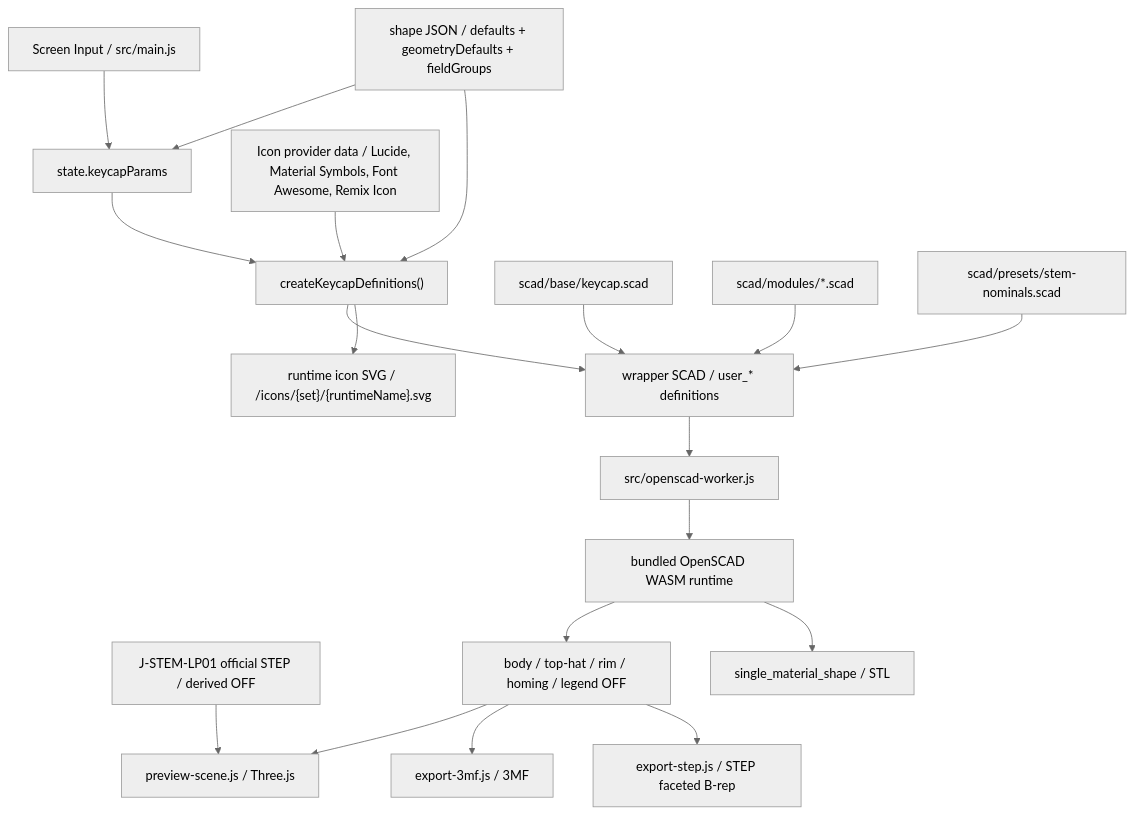
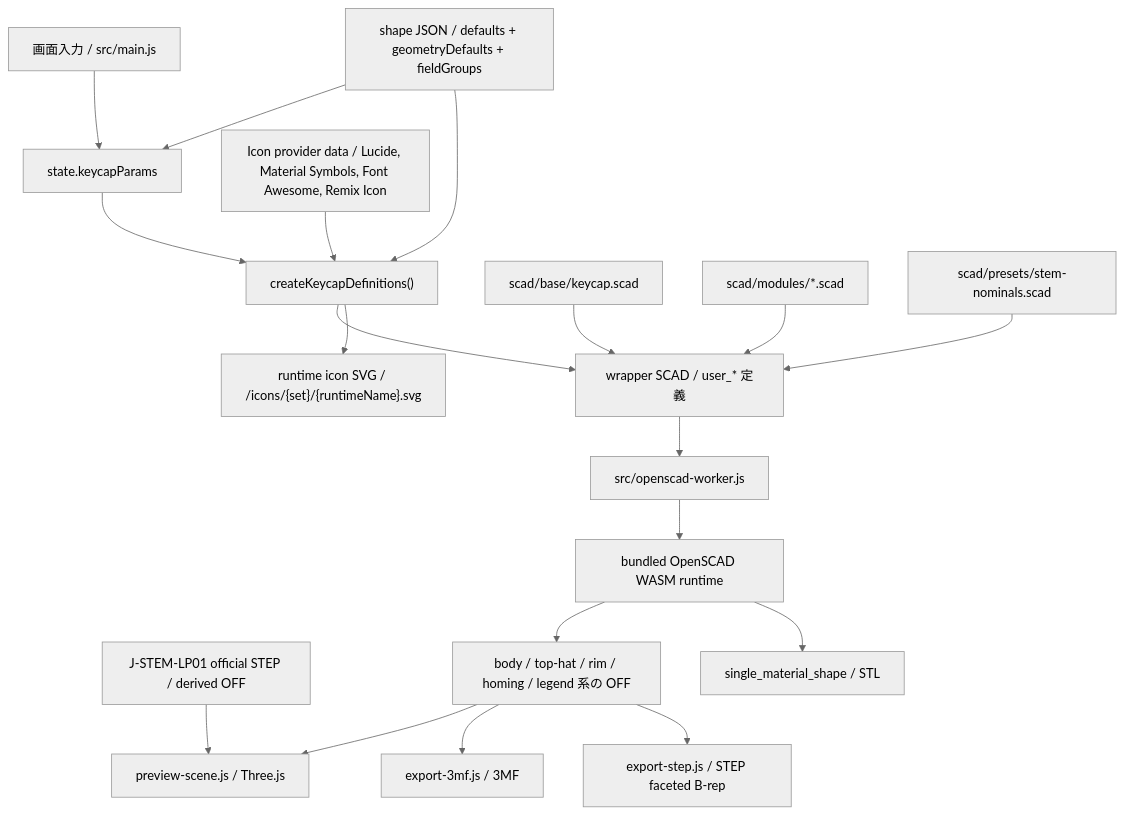
The diagram in docs/architecture/scad-and-export.md (klezm/KeycapMaker), drawn with Mermaid (neutral theme) before and after one commit. The commit also changed other lines of this file, not shown here.

````diff
--- a/docs/architecture/scad-and-export.md
+++ b/docs/architecture/scad-and-export.md
@@ -58,21 +94,21 @@
 ```mermaid
 flowchart TD
-  screen["Screen Input / src/main.js"] --> state["state.keycapParams"]
+  screen["画面入力 / src/main.js"] --> state["state.keycapParams"]
   shapeJson["shape JSON / defaults + geometryDefaults + fieldGroups"] --> state
   state --> bridge["createKeycapDefinitions()"]
   shapeJson --> bridge
   icons["Icon provider data / Lucide, Material Symbols, Font Awesome, Remix Icon"] --> bridge
-  bridge --> wrapper["wrapper SCAD / user_* definitions"]
+  bridge --> wrapper["wrapper SCAD / user_* 定義"]
   bridge --> iconSvg["runtime icon SVG / /icons/{set}/{runtimeName}.svg"]
   stepAsset["J-STEM-LP01 official STEP / derived OFF"] --> preview
   scadEntry["scad/base/keycap.scad"] --> wrapper
   scadModules["scad/modules/*.scad"] --> wrapper
   stemNominals["scad/presets/stem-nominals.scad"] --> wrapper
   wrapper --> worker["src/openscad-worker.js"]
   worker --> wasm["bundled OpenSCAD WASM runtime"]
-  wasm --> off["body / top-hat / rim / homing / legend OFF"]
+  wasm --> off["body / top-hat / rim / homing / legend 系の OFF"]
   off --> preview["preview-scene.js / Three.js"]
   off --> export3mf["export-3mf.js / 3MF"]
   off --> exportStep["export-step.js / STEP faceted B-rep"]
   wasm --> exportStl["single_material_shape / STL"]
 ```
````
